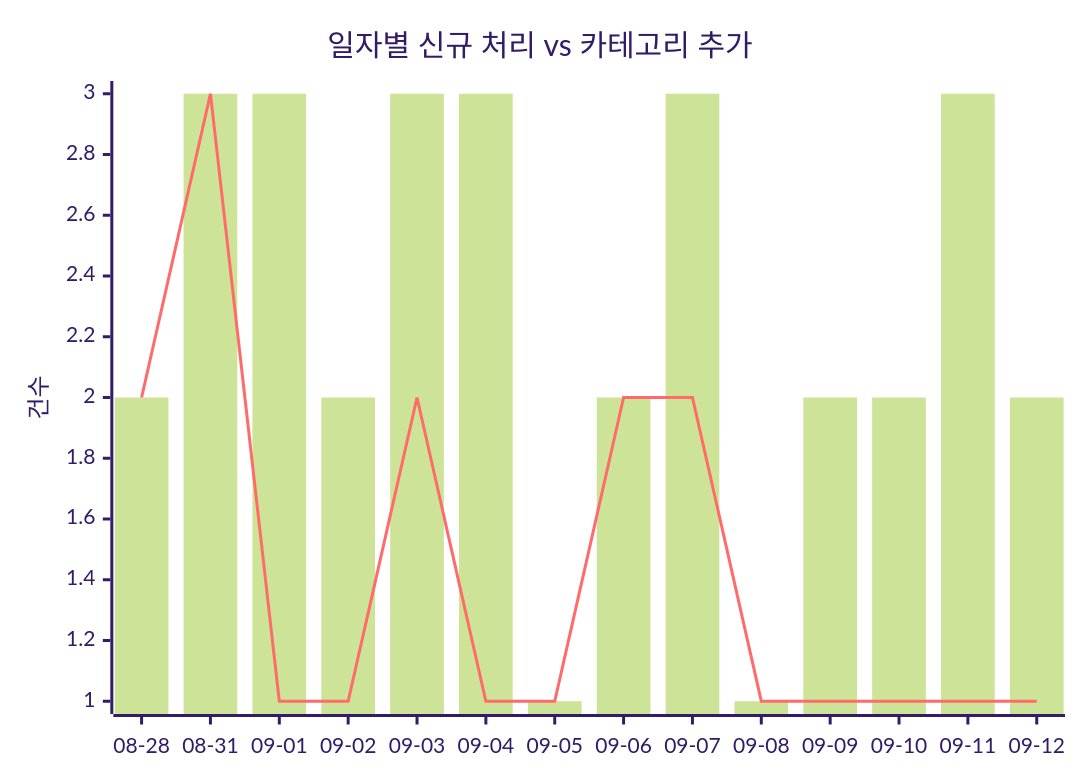
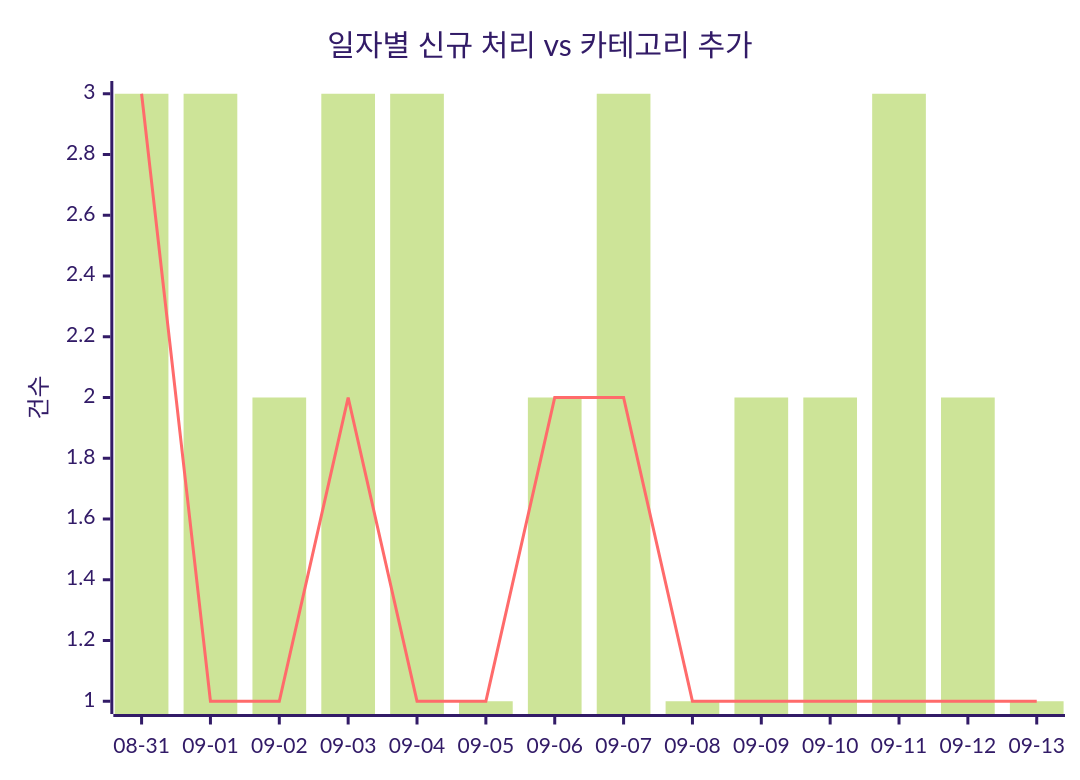
The first of 2 diagrams in docs/trends.md (J-nowcow/awesome-korean-agent-skills), drawn with Mermaid (forest theme) before and after one commit. The commit also changed other lines of this file and 4 other files, not shown here.

````diff
--- a/docs/trends.md
+++ b/docs/trends.md
@@ -32,8 +32,8 @@
 ```mermaid
 xychart-beta
     title "일자별 신규 처리 vs 카테고리 추가"
-    x-axis ["08-28","08-31","09-01","09-02","09-03","09-04","09-05","09-06","09-07","09-08","09-09","09-10","09-11","09-12"]
+    x-axis ["08-31","09-01","09-02","09-03","09-04","09-05","09-06","09-07","09-08","09-09","09-10","09-11","09-12","09-13"]
     y-axis "건수"
-    bar [2,3,3,2,3,3,1,2,3,1,2,2,3,2]
-    line [2,3,1,1,2,1,1,2,2,1,1,1,1,1]
+    bar [3,3,2,3,3,1,2,3,1,2,2,3,2,1]
+    line [3,1,1,2,1,1,2,2,1,1,1,1,1,1]
 ```
````
